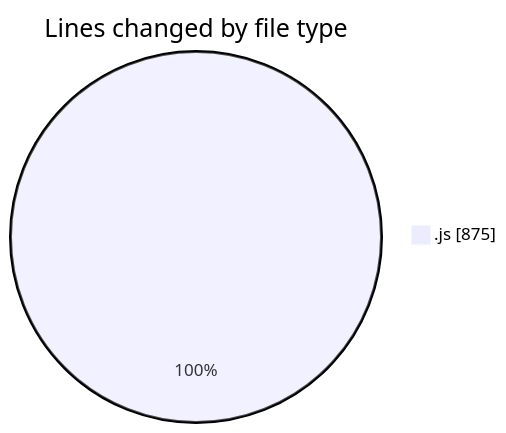
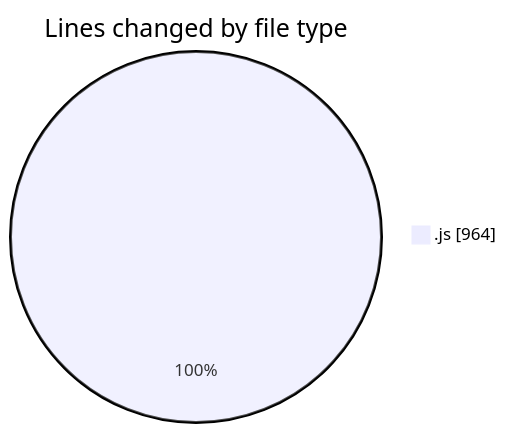
The first of 2 diagrams in 2025-03-31/jsvms/README.md (BS-eng2023/code-tracking), drawn with Mermaid before and after one commit. The commit also changed other lines of this file and 1 other file, not shown here.

````diff
--- a/2025-03-31/jsvms/README.md
+++ b/2025-03-31/jsvms/README.md
@@ -29,5 +31,5 @@
 ```mermaid
 pie showData
 title Lines changed by file type
-".js" : 875
+".js" : 964
 ```
````
